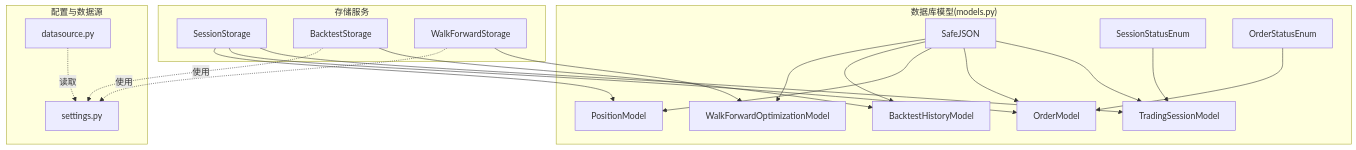
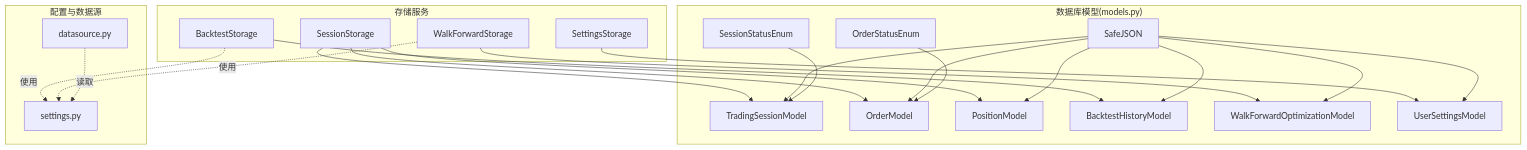
One commit to faryhuo/backtrader changed the first of 10 diagrams in .qoder/repowiki/zh/content/后端架构/数据模型/数据模型.md. Above: the diagram before and after it, drawn with Mermaid. The commit also changed other lines of this file and 17 other files, not shown here.

````diff
--- a/.qoder/repowiki/zh/content/后端架构/数据模型/数据模型.md
+++ b/.qoder/repowiki/zh/content/后端架构/数据模型/数据模型.md
@@ -42,37 +53,41 @@
 ```mermaid
 graph TB
 subgraph "数据库模型(models.py)"
 M1["TradingSessionModel"]
 M2["OrderModel"]
 M3["PositionModel"]
 M4["BacktestHistoryModel"]
 M5["WalkForwardOptimizationModel"]
+M6["UserSettingsModel"]
 T1["SafeJSON"]
 E1["SessionStatusEnum"]
 E2["OrderStatusEnum"]
 end
 subgraph "存储服务"
 S1["SessionStorage"]
 S2["BacktestStorage"]
 S3["WalkForwardStorage"]
+S4["SettingsStorage"]
 end
 subgraph "配置与数据源"
 C1["settings.py"]
 D1["datasource.py"]
 end
 S1 --> M1
 S1 --> M2
 S1 --> M3
 S2 --> M4
 S3 --> M5
+S4 --> M6
 S2 -.使用.-> C1
 S3 -.使用.-> C1
 D1 -.读取.-> C1
 T1 --> M1
 T1 --> M2
 T1 --> M3
 T1 --> M4
 T1 --> M5
+T1 --> M6
 E1 --> M1
 E2 --> M2
 ```
````
